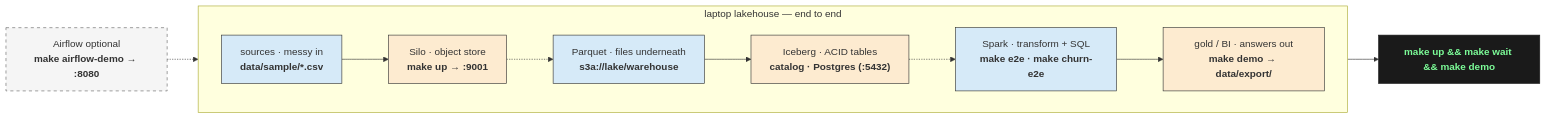
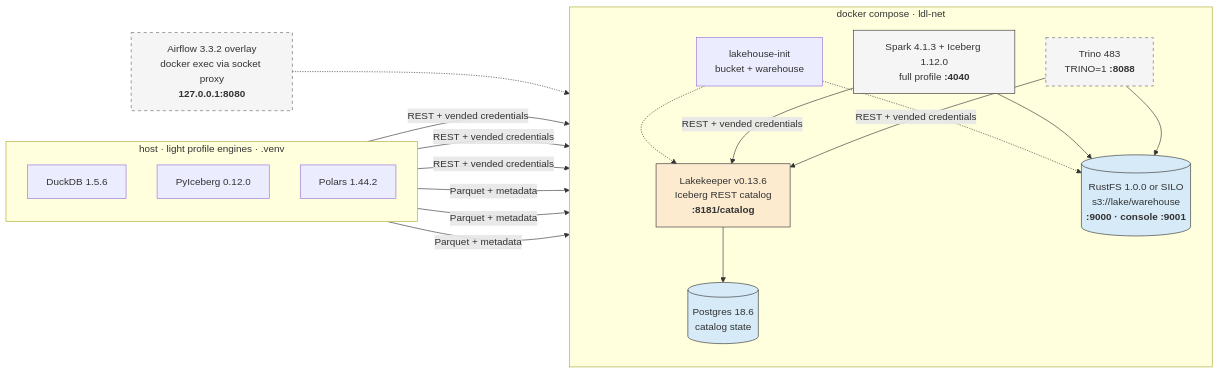
Before and after one commit to santoshshinde2012/local-data-lakehouse: the first of 2 diagrams in README.md, drawn with Mermaid. The commit also changed other lines of this file and 154 other files, not shown here.

First line of the commit message:
Local-first 2026 stack: Lakekeeper REST + RustFS, Spark 4.1.3 / Iceberg 1.12, Airflow 3, tiered tests (#13)

````diff
--- a/README.md
+++ b/README.md
@@ -40,29 +36,37 @@
 ```mermaid
 flowchart LR
-  subgraph pipeline["laptop lakehouse — end to end"]
-    direction LR
-    S["sources · messy in<br/><b>data/sample/*.csv</b>"]
-    M["Silo · object store<br/><b>make up → :9001</b>"]
-    P["Parquet · files underneath<br/><b>s3a://lake/warehouse</b>"]
-    I["Iceberg · ACID tables<br/><b>catalog · Postgres (:5432)</b>"]
-    SP["Spark · transform + SQL<br/><b>make e2e · make churn-e2e</b>"]
-    G["gold / BI · answers out<br/><b>make demo → data/export/</b>"]
-
-    S --> M -.-> P --> I -.-> SP --> G
+  subgraph HOST["host · light profile engines · .venv"]
+    direction TB
+    DUCK["DuckDB 1.5.6"]
+    PYI["PyIceberg 0.12.0"]
+    POL["Polars 1.44.2"]
   end
 
-  AF["Airflow optional<br/><b>make airflow-demo → :8080</b>"]
+  subgraph STACK["docker compose · ldl-net"]
+    direction TB
+    LK["Lakekeeper v0.13.6<br/>Iceberg REST catalog<br/><b>:8181/catalog</b>"]
+    PG[("Postgres 18.6<br/>catalog state")]
+    OS[("RustFS 1.0.0 or SILO<br/>s3://lake/warehouse<br/><b>:9000 · console :9001</b>")]
+    INIT["lakehouse-init<br/>bucket + warehouse"]
+    SP["Spark 4.1.3 + Iceberg 1.12.0<br/>full profile <b>:4040</b>"]
+    TR["Trino 483<br/>TRINO=1 <b>:8088</b>"]
+  end
+
+  AF["Airflow 3.3.2 overlay<br/>docker exec via socket proxy<br/><b>127.0.0.1:8080</b>"]
+
+  LK --> PG
+  INIT -.-> OS
+  INIT -.-> LK
+  DUCK & PYI & POL -->|REST + vended credentials| LK
+  SP & TR -->|REST + vended credentials| LK
+  DUCK & PYI & POL -->|Parquet + metadata| OS
+  SP & TR --> OS
   AF -.-> SP
 
-  FULL["<b>make up && make wait && make demo</b>"]
-  G --> FULL
-
-  style S fill:#d6eaf8,stroke:#333
-  style M fill:#fdebd0,stroke:#333
-  style P fill:#d6eaf8,stroke:#333
-  style I fill:#fdebd0,stroke:#333
-  style SP fill:#d6eaf8,stroke:#333
-  style G fill:#fdebd0,stroke:#333
+  style LK fill:#fdebd0,stroke:#333
+  style OS fill:#d6eaf8,stroke:#333
+  style PG fill:#d6eaf8,stroke:#333
+  style SP fill:#f5f5f5,stroke:#333
+  style TR fill:#f5f5f5,stroke:#666,stroke-dasharray: 5 5
   style AF fill:#f5f5f5,stroke:#666,stroke-dasharray: 5 5
-  style FULL fill:#1a1a1a,color:#7CFC98,stroke:#1a1a1a
 ```
````
